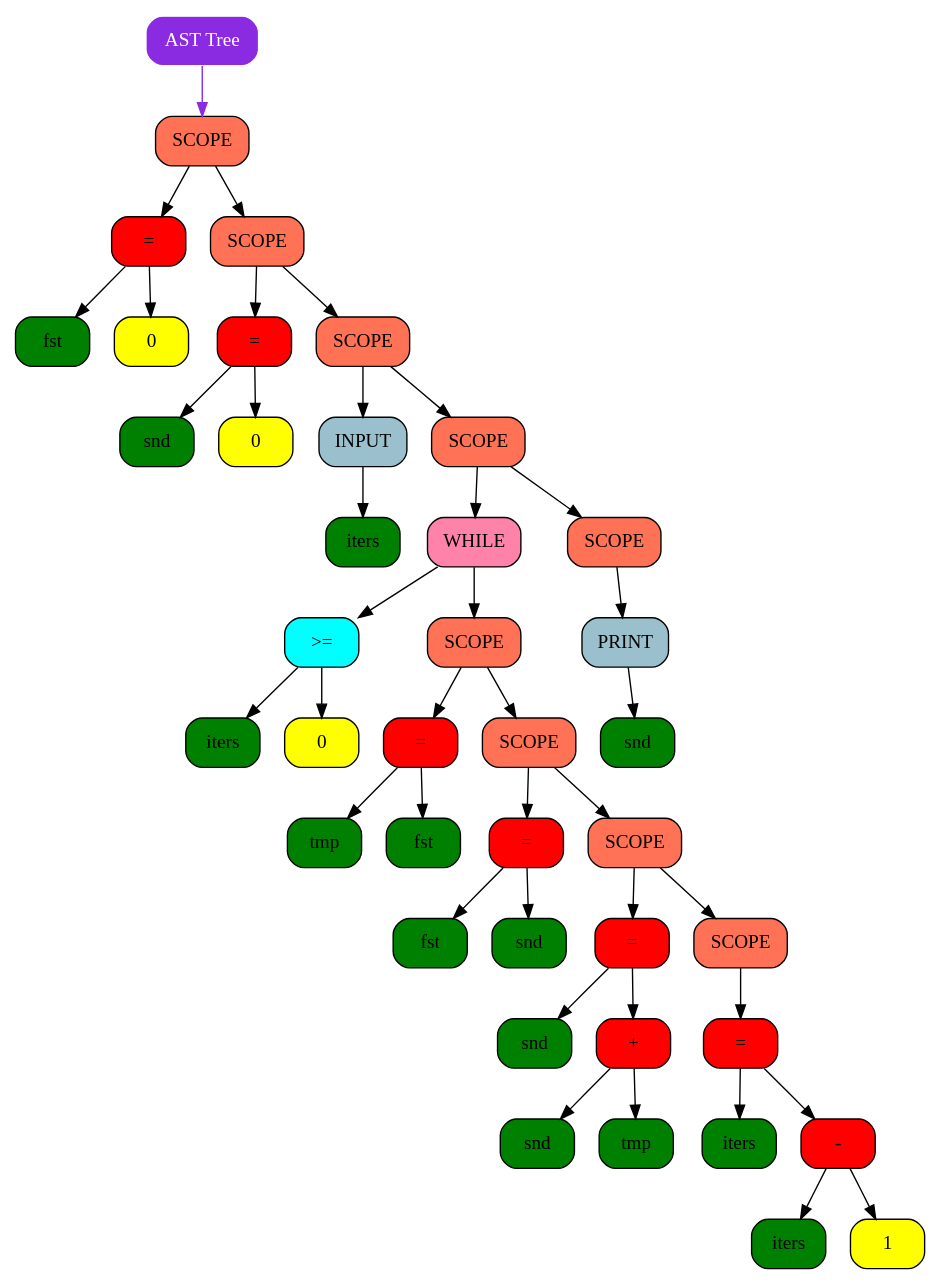
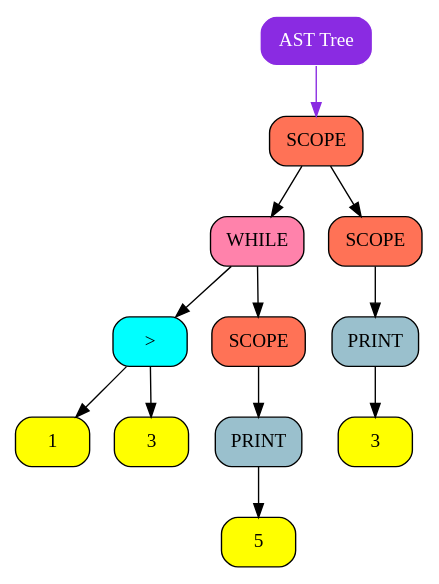
Before and after one commit to Pelmeshka127/ParaCL: the diagram in graphics/graph.dot, drawn with Graphviz. The commit also changed 9 other files, not shown here.

```diff
--- a/graphics/graph.dot
+++ b/graphics/graph.dot
@@ -1,83 +1,27 @@
 digraph Tree
 {
    rankdir = HR;
    tree[shape = Mrecord, style = filled, color = "white", style = filled, fontcolor = "white", fillcolor = "blueviolet", label = "AST Tree"];
-   "0x133f04940"[shape = Mrecord, color = "black", style = filled, fontcolor = "black", fillcolor = "coral1"   label = " {SCOPE}"];
-  "0x133f04940" -> "0x133f040c0" [color = "black"];
-  "0x133f04940" -> "0x133f048f0" [color = "black"];
-   "0x133f040c0"[shape = Mrecord, color = "black", style = filled, fontcolor = "black", fillcolor = "red"   label = " {=}"];
-  "0x133f040c0" -> "0x133f04080" [color = "black"];
-  "0x133f040c0" -> "0x133f040b0" [color = "black"];
-   "0x133f04080"[shape = Mrecord, color = "black", style = filled, fontcolor = "black", fillcolor = "green",   label = " {fst}"];
-   "0x133f040b0"[shape = Mrecord, color = "black", style = filled, fontcolor = "black", fillcolor = "yellow",   label = " {0}"];
-   "0x133f048f0"[shape = Mrecord, color = "black", style = filled, fontcolor = "black", fillcolor = "coral1"   label = " {SCOPE}"];
-  "0x133f048f0" -> "0x133f04130" [color = "black"];
-  "0x133f048f0" -> "0x133f048a0" [color = "black"];
-   "0x133f04130"[shape = Mrecord, color = "black", style = filled, fontcolor = "black", fillcolor = "red"   label = " {=}"];
-  "0x133f04130" -> "0x133f040f0" [color = "black"];
-  "0x133f04130" -> "0x133f04120" [color = "black"];
-   "0x133f040f0"[shape = Mrecord, color = "black", style = filled, fontcolor = "black", fillcolor = "green",   label = " {snd}"];
-   "0x133f04120"[shape = Mrecord, color = "black", style = filled, fontcolor = "black", fillcolor = "yellow",   label = " {0}"];
-   "0x133f048a0"[shape = Mrecord, color = "black", style = filled, fontcolor = "black", fillcolor = "coral1"   label = " {SCOPE}"];
-  "0x133f048a0" -> "0x133f04190" [color = "black"];
-  "0x133f048a0" -> "0x133f04850" [color = "black"];
-   "0x133f04190"[shape = Mrecord, color = "black", style = filled, fontcolor = "black", fillcolor = "lightblue3"   label = " {INPUT}"];
-  "0x133f04190" -> "0x133f04160" [color = "black"];
-   "0x133f04160"[shape = Mrecord, color = "black", style = filled, fontcolor = "black", fillcolor = "green",   label = " {iters}"];
-   "0x133f04850"[shape = Mrecord, color = "black", style = filled, fontcolor = "black", fillcolor = "coral1"   label = " {SCOPE}"];
-  "0x133f04850" -> "0x133f04780" [color = "black"];
-  "0x133f04850" -> "0x133f04800" [color = "black"];
-   "0x133f04780"[shape = Mrecord, color = "black", style = filled, fontcolor = "black", fillcolor = "palevioletred1"   label = " {WHILE}"];
-  "0x133f04780" -> "0x133f041f0" [color = "black"];
-  "0x133f04780" -> "0x133f04730" [color = "black"];
-   "0x133f041f0"[shape = Mrecord, color = "black", style = filled, fontcolor = "black", fillcolor = "aqua"   label = "&gt;="];
-  "0x133f041f0" -> "0x133f041b0" [color = "black"];
-  "0x133f041f0" -> "0x133f041e0" [color = "black"];
-   "0x133f041b0"[shape = Mrecord, color = "black", style = filled, fontcolor = "black", fillcolor = "green",   label = " {iters}"];
-   "0x133f041e0"[shape = Mrecord, color = "black", style = filled, fontcolor = "black", fillcolor = "yellow",   label = " {0}"];
-   "0x133f04730"[shape = Mrecord, color = "black", style = filled, fontcolor = "black", fillcolor = "coral1"   label = " {SCOPE}"];
-  "0x133f04730" -> "0x133f04280" [color = "black"];
-  "0x133f04730" -> "0x133f046e0" [color = "black"];
-   "0x133f04280"[shape = Mrecord, color = "black", style = filled, fontcolor = "black", fillcolor = "red"   label = " {=}"];
-  "0x133f04280" -> "0x133f04220" [color = "black"];
-  "0x133f04280" -> "0x133f04250" [color = "black"];
-   "0x133f04220"[shape = Mrecord, color = "black", style = filled, fontcolor = "black", fillcolor = "green",   label = " {tmp}"];
-   "0x133f04250"[shape = Mrecord, color = "black", style = filled, fontcolor = "black", fillcolor = "green",   label = " {fst}"];
-   "0x133f046e0"[shape = Mrecord, color = "black", style = filled, fontcolor = "black", fillcolor = "coral1"   label = " {SCOPE}"];
-  "0x133f046e0" -> "0x133f04310" [color = "black"];
-  "0x133f046e0" -> "0x133f04690" [color = "black"];
-   "0x133f04310"[shape = Mrecord, color = "black", style = filled, fontcolor = "black", fillcolor = "red"   label = " {=}"];
-  "0x133f04310" -> "0x133f042b0" [color = "black"];
-  "0x133f04310" -> "0x133f042e0" [color = "black"];
-   "0x133f042b0"[shape = Mrecord, color = "black", style = filled, fontcolor = "black", fillcolor = "green",   label = " {fst}"];
-   "0x133f042e0"[shape = Mrecord, color = "black", style = filled, fontcolor = "black", fillcolor = "green",   label = " {snd}"];
-   "0x133f04690"[shape = Mrecord, color = "black", style = filled, fontcolor = "black", fillcolor = "coral1"   label = " {SCOPE}"];
-  "0x133f04690" -> "0x133f04540" [color = "black"];
-  "0x133f04690" -> "0x133f04640" [color = "black"];
-   "0x133f04540"[shape = Mrecord, color = "black", style = filled, fontcolor = "black", fillcolor = "red"   label = " {=}"];
-  "0x133f04540" -> "0x133f04340" [color = "black"];
-  "0x133f04540" -> "0x133f043d0" [color = "black"];
-   "0x133f04340"[shape = Mrecord, color = "black", style = filled, fontcolor = "black", fillcolor = "green",   label = " {snd}"];
-   "0x133f043d0"[shape = Mrecord, color = "black", style = filled, fontcolor = "black", fillcolor = "red"   label = " {+}"];
-  "0x133f043d0" -> "0x133f04370" [color = "black"];
-  "0x133f043d0" -> "0x133f043a0" [color = "black"];
-   "0x133f04370"[shape = Mrecord, color = "black", style = filled, fontcolor = "black", fillcolor = "green",   label = " {snd}"];
-   "0x133f043a0"[shape = Mrecord, color = "black", style = filled, fontcolor = "black", fillcolor = "green",   label = " {tmp}"];
-   "0x133f04640"[shape = Mrecord, color = "black", style = filled, fontcolor = "black", fillcolor = "coral1"   label = " {SCOPE}"];
-  "0x133f04640" -> "0x133f04610" [color = "black"];
-   "0x133f04610"[shape = Mrecord, color = "black", style = filled, fontcolor = "black", fillcolor = "red"   label = " {=}"];
-  "0x133f04610" -> "0x133f04570" [color = "black"];
-  "0x133f04610" -> "0x133f045e0" [color = "black"];
-   "0x133f04570"[shape = Mrecord, color = "black", style = filled, fontcolor = "black", fillcolor = "green",   label = " {iters}"];
-   "0x133f045e0"[shape = Mrecord, color = "black", style = filled, fontcolor = "black", fillcolor = "red"   label = " {-}"];
-  "0x133f045e0" -> "0x133f045a0" [color = "black"];
-  "0x133f045e0" -> "0x133f045d0" [color = "black"];
-   "0x133f045a0"[shape = Mrecord, color = "black", style = filled, fontcolor = "black", fillcolor = "green",   label = " {iters}"];
-   "0x133f045d0"[shape = Mrecord, color = "black", style = filled, fontcolor = "black", fillcolor = "yellow",   label = " {1}"];
-   "0x133f04800"[shape = Mrecord, color = "black", style = filled, fontcolor = "black", fillcolor = "coral1"   label = " {SCOPE}"];
-  "0x133f04800" -> "0x133f047e0" [color = "black"];
-   "0x133f047e0"[shape = Mrecord, color = "black", style = filled, fontcolor = "black", fillcolor = "lightblue3"   label = " {PRINT}"];
-  "0x133f047e0" -> "0x133f047b0" [color = "black"];
-   "0x133f047b0"[shape = Mrecord, color = "black", style = filled, fontcolor = "black", fillcolor = "green",   label = " {snd}"];
-   tree -> "0x133f04940" [color = "blueviolet"];
+   "0x14a606d20"[shape = Mrecord, color = "black", style = filled, fontcolor = "black", fillcolor = "coral1"   label = " {SCOPE}"];
+  "0x14a606d20" -> "0x14a606c70" [color = "black"];
+  "0x14a606d20" -> "0x14a606cd0" [color = "black"];
+   "0x14a606c70"[shape = Mrecord, color = "black", style = filled, fontcolor = "black", fillcolor = "palevioletred1"   label = " {WHILE}"];
+  "0x14a606c70" -> "0x14a606bc0" [color = "black"];
+  "0x14a606c70" -> "0x14a606c20" [color = "black"];
+   "0x14a606bc0"[shape = Mrecord, color = "black", style = filled, fontcolor = "black", fillcolor = "aqua"   label = "&gt;"];
+  "0x14a606bc0" -> "0x14a606ba0" [color = "black"];
+  "0x14a606bc0" -> "0x14a606bb0" [color = "black"];
+   "0x14a606ba0"[shape = Mrecord, color = "black", style = filled, fontcolor = "black", fillcolor = "yellow",   label = " {1}"];
+   "0x14a606bb0"[shape = Mrecord, color = "black", style = filled, fontcolor = "black", fillcolor = "yellow",   label = " {3}"];
+   "0x14a606c20"[shape = Mrecord, color = "black", style = filled, fontcolor = "black", fillcolor = "coral1"   label = " {SCOPE}"];
+  "0x14a606c20" -> "0x14a606c00" [color = "black"];
+   "0x14a606c00"[shape = Mrecord, color = "black", style = filled, fontcolor = "black", fillcolor = "lightblue3"   label = " {PRINT}"];
+  "0x14a606c00" -> "0x14a606bf0" [color = "black"];
+   "0x14a606bf0"[shape = Mrecord, color = "black", style = filled, fontcolor = "black", fillcolor = "yellow",   label = " {5}"];
+   "0x14a606cd0"[shape = Mrecord, color = "black", style = filled, fontcolor = "black", fillcolor = "coral1"   label = " {SCOPE}"];
+  "0x14a606cd0" -> "0x14a606cb0" [color = "black"];
+   "0x14a606cb0"[shape = Mrecord, color = "black", style = filled, fontcolor = "black", fillcolor = "lightblue3"   label = " {PRINT}"];
+  "0x14a606cb0" -> "0x14a606ca0" [color = "black"];
+   "0x14a606ca0"[shape = Mrecord, color = "black", style = filled, fontcolor = "black", fillcolor = "yellow",   label = " {3}"];
+   tree -> "0x14a606d20" [color = "blueviolet"];
 }
```
